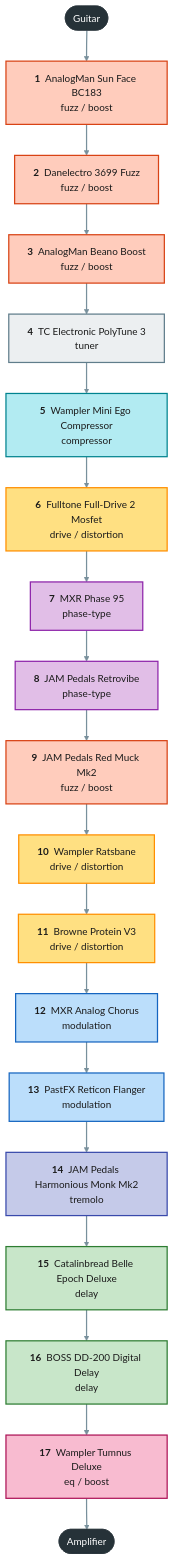
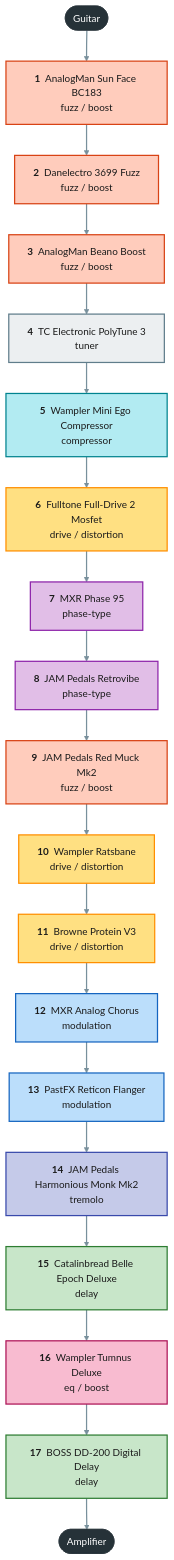
The first of 2 diagrams in projects/guitar-gig/README.md (pedroacvieira/pedalboard), drawn with Mermaid before and after one commit. The commit also changed other lines of this file and 4 other files, not shown here.

First line of the commit message:
guitar-gig: DD-200 last, after the Tumnus (its looper records the whole chain)

````diff
--- a/projects/guitar-gig/README.md
+++ b/projects/guitar-gig/README.md
@@ -17,34 +17,34 @@
 ```mermaid
 flowchart TB
     guitar(["Guitar"]):::endpoint
     sun_face["<b>1</b> &nbsp;AnalogMan Sun Face BC183<br/>fuzz / boost"]:::c_fuzz___boost
     danelectro_3699["<b>2</b> &nbsp;Danelectro 3699 Fuzz<br/>fuzz / boost"]:::c_fuzz___boost
     beano["<b>3</b> &nbsp;AnalogMan Beano Boost<br/>fuzz / boost"]:::c_fuzz___boost
     polytune_3["<b>4</b> &nbsp;TC Electronic PolyTune 3<br/>tuner"]:::c_tuner
     mini_ego["<b>5</b> &nbsp;Wampler Mini Ego Compressor<br/>compressor"]:::c_compressor
     fulldrive_2["<b>6</b> &nbsp;Fulltone Full-Drive 2 Mosfet<br/>drive / distortion"]:::c_drive___distortion
     phase_95["<b>7</b> &nbsp;MXR Phase 95<br/>phase-type"]:::c_phase_type
     retrovibe["<b>8</b> &nbsp;JAM Pedals Retrovibe<br/>phase-type"]:::c_phase_type
     red_muck["<b>9</b> &nbsp;JAM Pedals Red Muck Mk2<br/>fuzz / boost"]:::c_fuzz___boost
     ratsbane["<b>10</b> &nbsp;Wampler Ratsbane<br/>drive / distortion"]:::c_drive___distortion
     protein["<b>11</b> &nbsp;Browne Protein V3<br/>drive / distortion"]:::c_drive___distortion
     analog_chorus["<b>12</b> &nbsp;MXR Analog Chorus<br/>modulation"]:::c_modulation
     reticon["<b>13</b> &nbsp;PastFX Reticon Flanger<br/>modulation"]:::c_modulation
     monk["<b>14</b> &nbsp;JAM Pedals Harmonious Monk Mk2<br/>tremolo"]:::c_tremolo
     belle_epoch["<b>15</b> &nbsp;Catalinbread Belle Epoch Deluxe<br/>delay"]:::c_delay
-    boss_dd200["<b>16</b> &nbsp;BOSS DD-200 Digital Delay<br/>delay"]:::c_delay
-    tumnus_deluxe["<b>17</b> &nbsp;Wampler Tumnus Deluxe<br/>eq / boost"]:::c_eq___boost
+    tumnus_deluxe["<b>16</b> &nbsp;Wampler Tumnus Deluxe<br/>eq / boost"]:::c_eq___boost
+    boss_dd200["<b>17</b> &nbsp;BOSS DD-200 Digital Delay<br/>delay"]:::c_delay
     amp(["Amplifier"]):::endpoint
-    guitar --> sun_face --> danelectro_3699 --> beano --> polytune_3 --> mini_ego --> fulldrive_2 --> phase_95 --> retrovibe --> red_muck --> ratsbane --> protein --> analog_chorus --> reticon --> monk --> belle_epoch --> boss_dd200 --> tumnus_deluxe --> amp
+    guitar --> sun_face --> danelectro_3699 --> beano --> polytune_3 --> mini_ego --> fulldrive_2 --> phase_95 --> retrovibe --> red_muck --> ratsbane --> protein --> analog_chorus --> reticon --> monk --> belle_epoch --> tumnus_deluxe --> boss_dd200 --> amp
     classDef endpoint fill:#263238,stroke:#263238,color:#ffffff
     classDef c_tuner fill:#eceff1,stroke:#607d8b,stroke-width:2px,color:#1b1b1b
     classDef c_compressor fill:#b2ebf2,stroke:#00838f,stroke-width:2px,color:#1b1b1b
     classDef c_fuzz___boost fill:#ffccbc,stroke:#d84315,stroke-width:2px,color:#1b1b1b
     classDef c_drive___distortion fill:#ffe082,stroke:#ff8f00,stroke-width:2px,color:#1b1b1b
     classDef c_phase_type fill:#e1bee7,stroke:#8e24aa,stroke-width:2px,color:#1b1b1b
     classDef c_modulation fill:#bbdefb,stroke:#1565c0,stroke-width:2px,color:#1b1b1b
     classDef c_tremolo fill:#c5cae9,stroke:#3949ab,stroke-width:2px,color:#1b1b1b
     classDef c_delay fill:#c8e6c9,stroke:#2e7d32,stroke-width:2px,color:#1b1b1b
     classDef c_eq___boost fill:#f8bbd0,stroke:#ad1457,stroke-width:2px,color:#1b1b1b
     linkStyle default stroke:#78909c,stroke-width:2px
 ```
````
